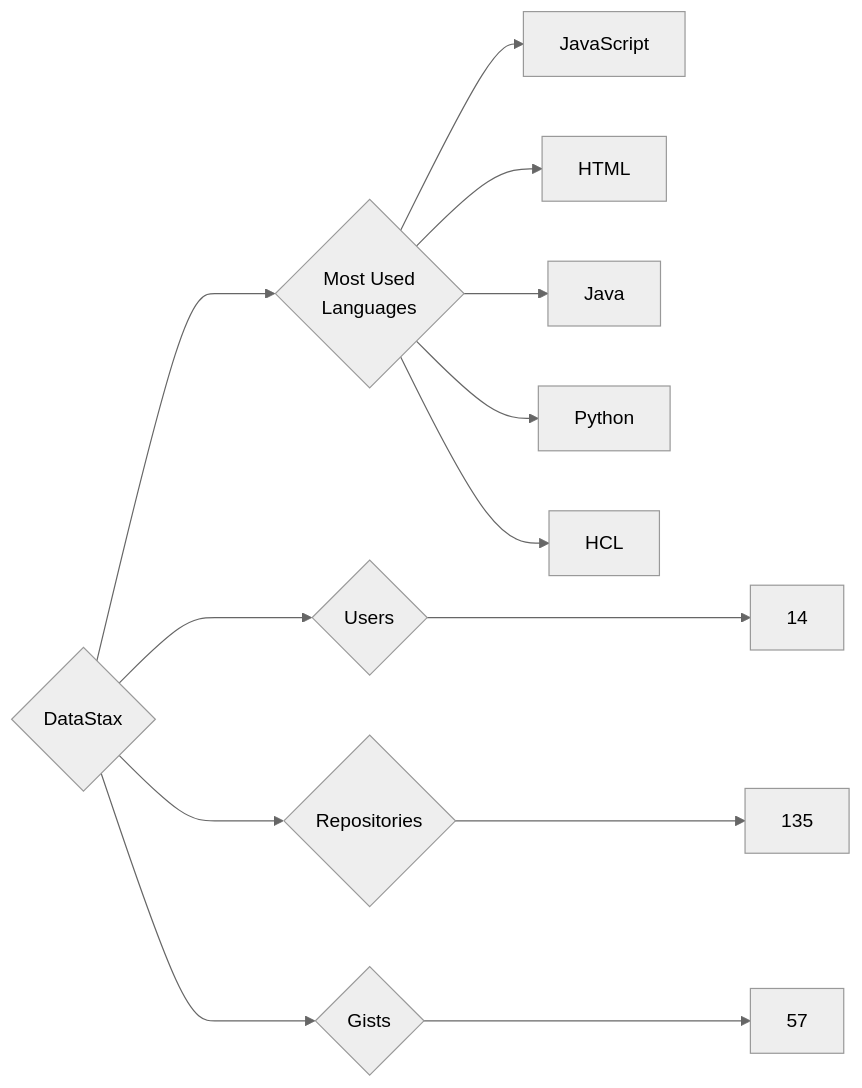
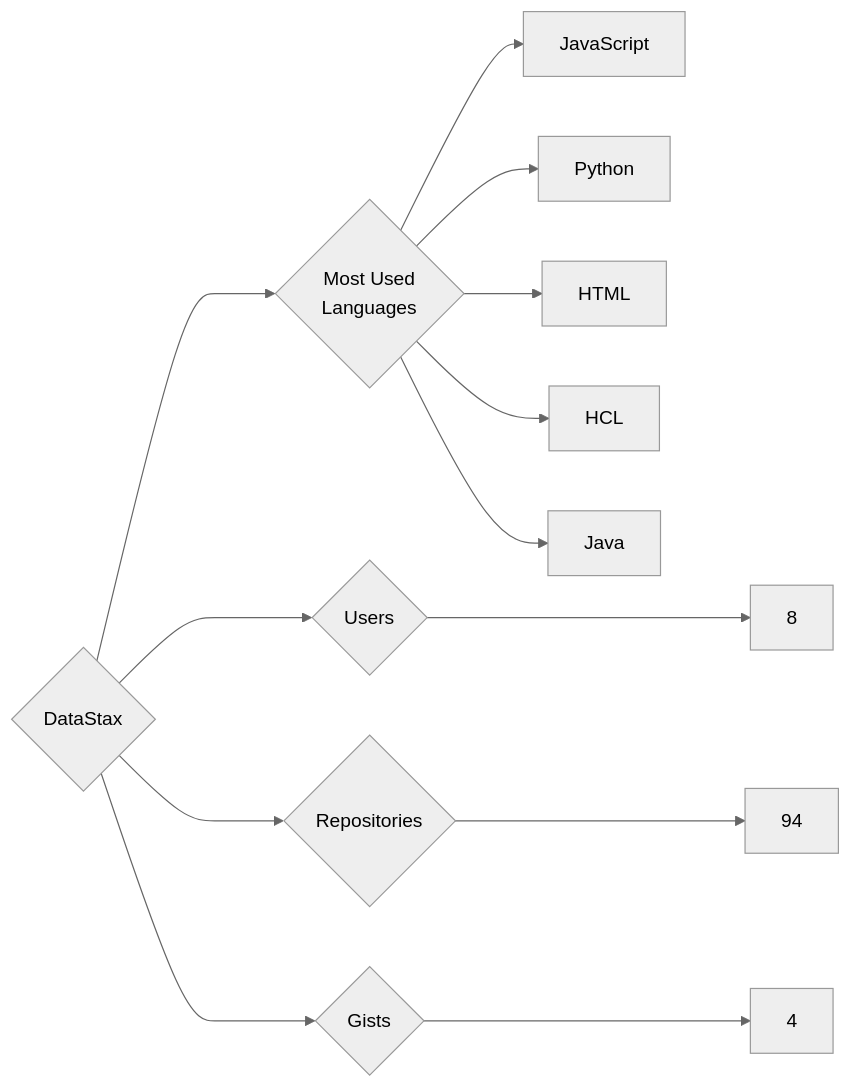
Before and after one commit to trickest/insiders: the diagram in targets/DataStax/README.md, drawn with Mermaid (neutral theme). The commit also changed 1120 other files, not shown here.

````diff
--- a/targets/DataStax/README.md
+++ b/targets/DataStax/README.md
@@ -3,13 +3,13 @@
 ```mermaid
 graph LR
 COMPANY_NAME{DataStax}
-COMPANY_NAME ---> U{Users} ---> UN[14]
-COMPANY_NAME ---> R{Repositories} ---> RN[135]
-COMPANY_NAME ---> G{Gists} ---> GN[57]
+COMPANY_NAME ---> U{Users} ---> UN[8]
+COMPANY_NAME ---> R{Repositories} ---> RN[94]
+COMPANY_NAME ---> G{Gists} ---> GN[4]
 COMPANY_NAME ---> ML{Most Used<br>Languages}
 ML --> JavaScript[JavaScript]
+ML --> Python[Python]
 ML --> HTML[HTML]
+ML --> HCL[HCL]
 ML --> Java[Java]
-ML --> Python[Python]
-ML --> HCL[HCL]
 ```
````
